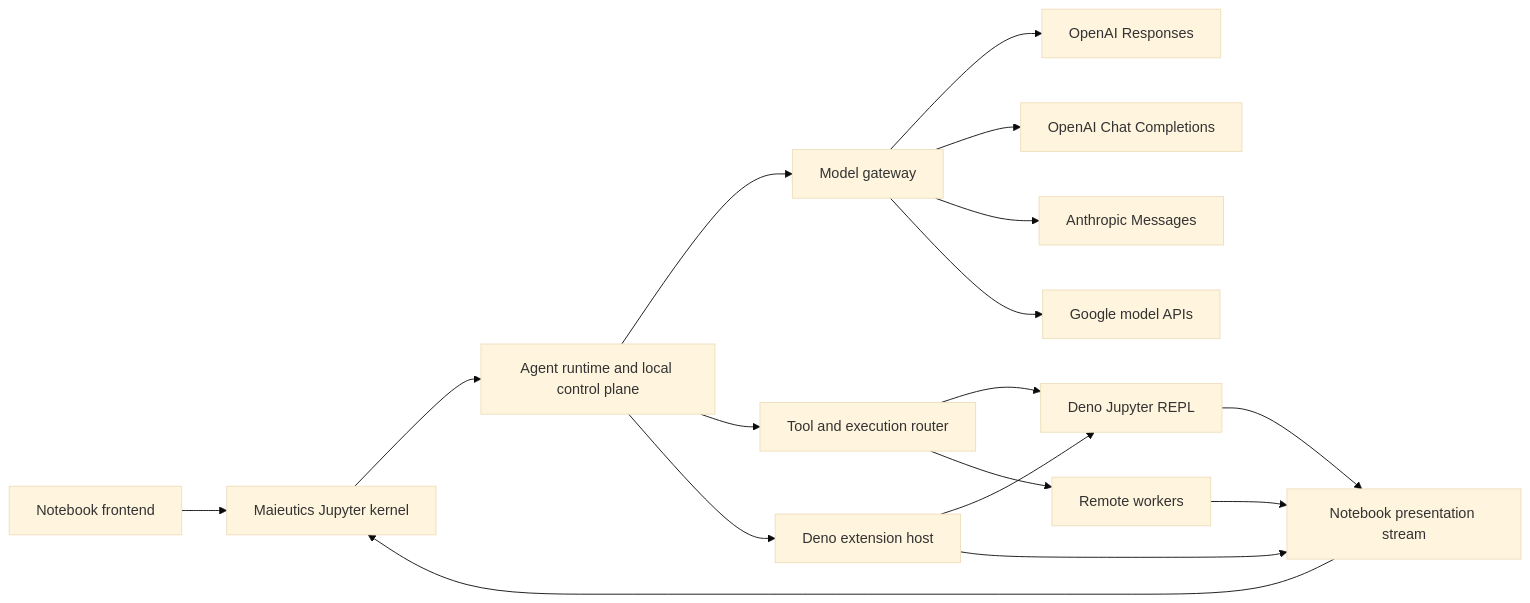
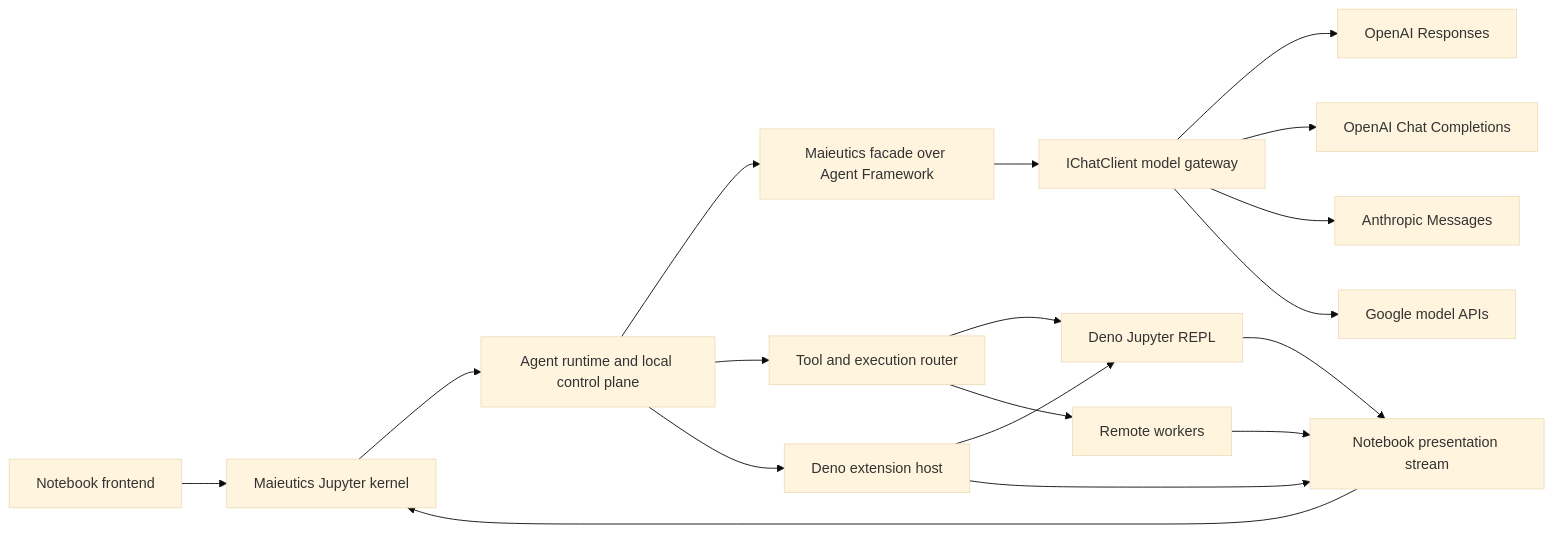
Before and after one commit to ghostflyby/Maieutics: the diagram in docs/architecture/README.md, drawn with Mermaid (base theme). The commit also changed other lines of this file and 5 other files, not shown here.

Commit message:
docs: add ADR 0006 for selective Microsoft Agent Framework adoption and update existing architecture documentation

````diff
--- a/docs/architecture/README.md
+++ b/docs/architecture/README.md
@@ -18,22 +18,23 @@
 ```mermaid
 flowchart LR
     Notebook[Notebook frontend] --> Kernel[Maieutics Jupyter kernel]
     Kernel --> Runtime[Agent runtime and local control plane]
 
-    Runtime --> Models[Model gateway]
+    Runtime --> AgentFramework[Maieutics facade over Agent Framework]
+    AgentFramework --> Models[IChatClient model gateway]
     Models --> OpenAIResponses[OpenAI Responses]
     Models --> OpenAIChat[OpenAI Chat Completions]
     Models --> Anthropic[Anthropic Messages]
     Models --> Google[Google model APIs]
 
     Runtime --> Router[Tool and execution router]
     Router --> DenoRepl[Deno Jupyter REPL]
     Runtime --> ExtensionHost[Deno extension host]
     ExtensionHost --> DenoRepl
     Router --> Workers[Remote workers]
 
     DenoRepl --> Presentation[Notebook presentation stream]
     ExtensionHost --> Presentation
     Workers --> Presentation
     Presentation --> Kernel
 ```
````
